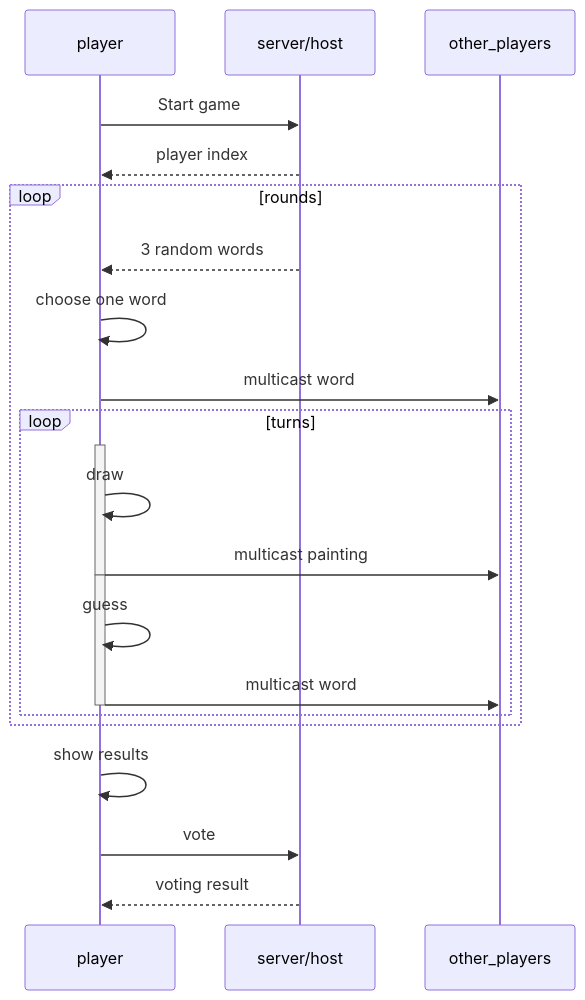
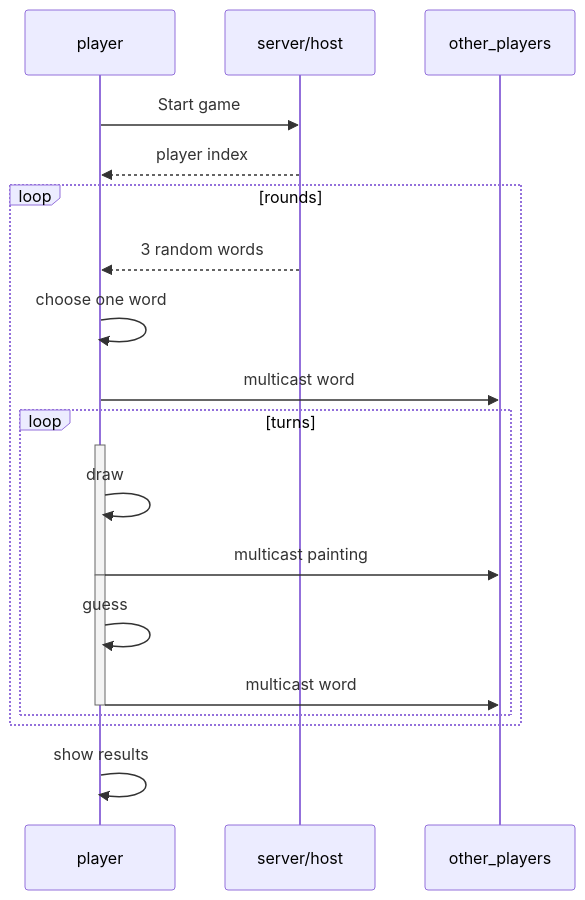
One commit to zzhcai/DrawandGuess changed the second of 4 diagrams in docs/statemachine.md. Above: the diagram before and after it, drawn with Mermaid. The commit also changed other lines of this file, not shown here.

````diff
--- a/docs/statemachine.md
+++ b/docs/statemachine.md
@@ -36,27 +34,25 @@
 ```mermaid
 sequenceDiagram
 	participant player
 	participant server/host
 	participant other_players
 	
 	player ->> server/host: Start game
 	server/host -->> player: player index
 	loop rounds
     server/host -->> player: 3 random words
     player ->> player: choose one word
     player ->> other_players: multicast word
     loop turns
       activate player
       player ->> player: draw
       player ->> -other_players: multicast painting
 
       activate player
       player ->> player: guess
       player ->> -other_players: multicast word
     end
 	end
 	player ->> player: show results
-	player ->> server/host: vote
-	server/host -->> player: voting result
 	
 ```
````
